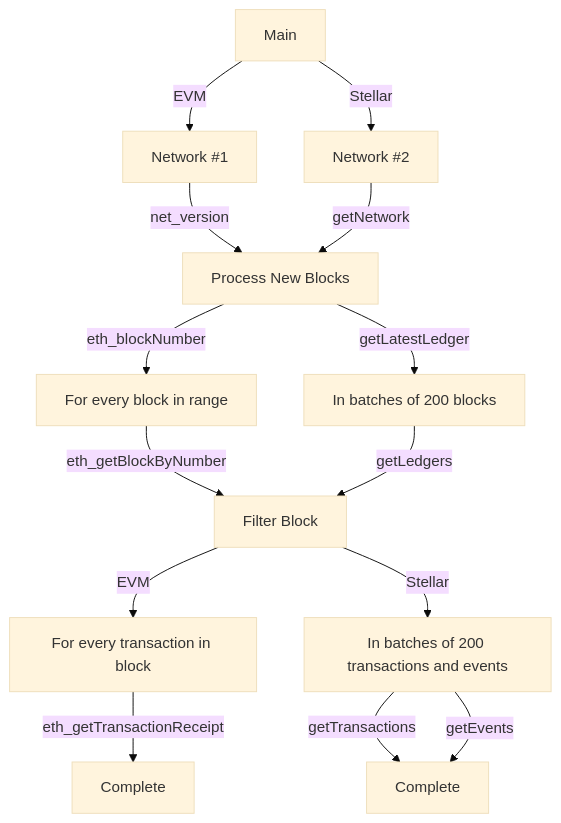
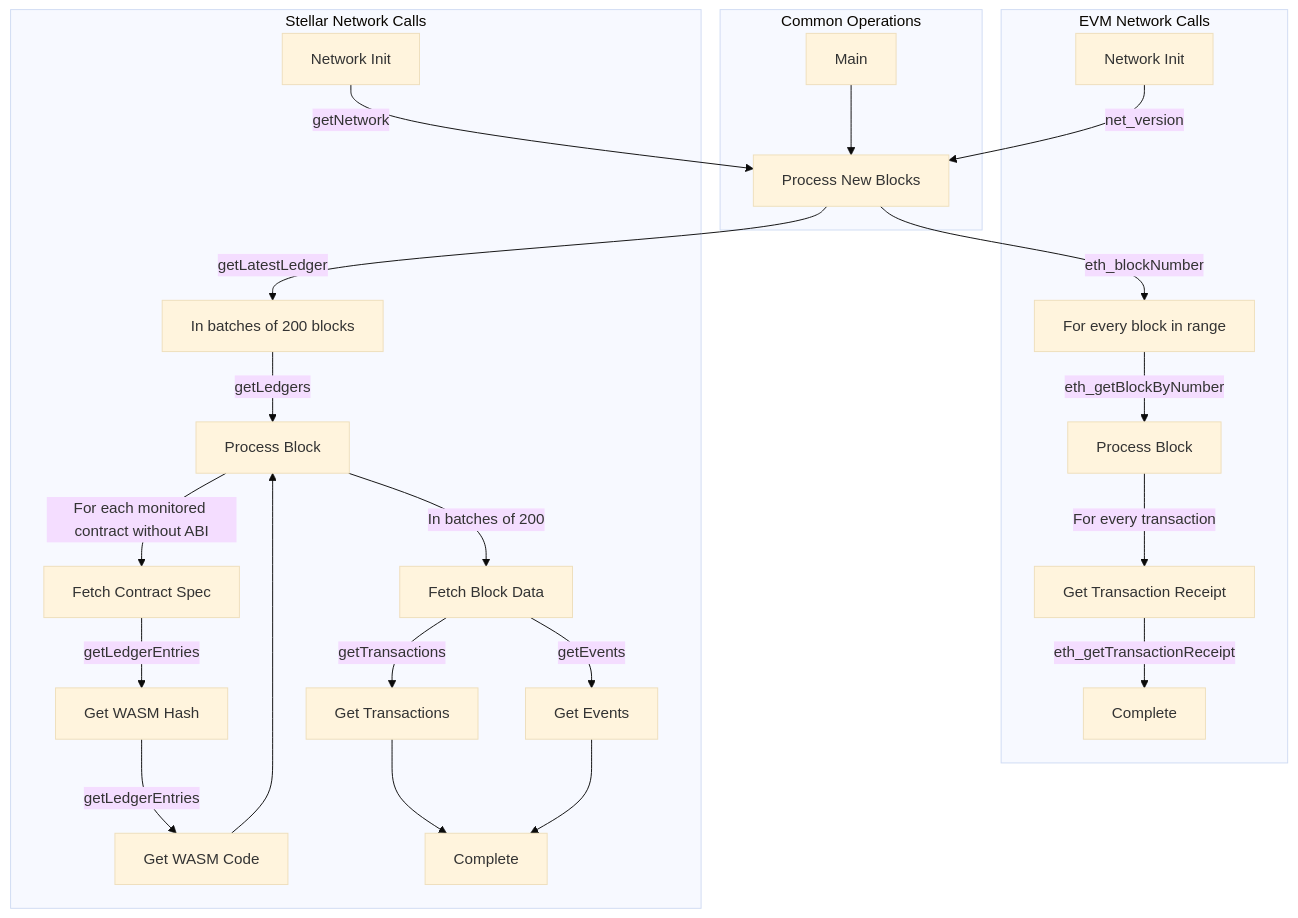
One commit to stevedylandev/openzeppelin-monitor changed the second of 2 diagrams in docs/modules/ROOT/pages/rpc.adoc. Above: the diagram before and after it, drawn with Mermaid (base theme). The commit also changed other lines of this file and 56 other files, not shown here.

First line of the commit message:
feat: Leverage contract spec (SEP-48) for Stellar functions (breaking) (#208)

```diff
--- a/docs/modules/ROOT/pages/rpc.adoc
+++ b/docs/modules/ROOT/pages/rpc.adoc
@@ -242,18 +242,30 @@
 [mermaid,width=100%]
 ....
 graph TD
-    A[Main] -->|EVM| B[Network #1]
-    A[Main] -->|Stellar| C[Network #2]
-    B -->|net_version| D[Process New Blocks]
-    C -->|getNetwork| D
-    D -->|eth_blockNumber| E[For every block in range]
-    D -->|getLatestLedger| F[In batches of 200 blocks]
-    E -->|eth_getBlockByNumber| G[Filter Block]
-    F -->|getLedgers| G
-    G -->|EVM| J[For every transaction in block]
-    J -->|eth_getTransactionReceipt| I[Complete]
-    G -->|Stellar| K[In batches of 200 transactions and events]
-    K -->|getTransactions| L[Complete]
-    K -->|getEvents| L[Complete]
+    subgraph Common Operations
+        A[Main] --> D[Process New Blocks]
+    end
 
+    subgraph EVM Network Calls
+        B[Network Init] -->|net_version| D
+        D -->|eth_blockNumber| E[For every block in range]
+        E -->|eth_getBlockByNumber| G1[Process Block]
+        G1 -->|For every transaction| J[Get Transaction Receipt]
+        J -->|eth_getTransactionReceipt| I[Complete]
+    end
+
+    subgraph Stellar Network Calls
+        C[Network Init] -->|getNetwork| D
+        D -->|getLatestLedger| F[In batches of 200 blocks]
+        F -->|getLedgers| G2[Process Block]
+        G2 -->|For each monitored contract without ABI| M[Fetch Contract Spec]
+        M -->|getLedgerEntries| N[Get WASM Hash]
+        N -->|getLedgerEntries| O[Get WASM Code]
+        O --> G2
+        G2 -->|In batches of 200| P[Fetch Block Data]
+        P -->|getTransactions| L1[Get Transactions]
+        P -->|getEvents| L2[Get Events]
+        L1 --> Q[Complete]
+        L2 --> Q
+    end
 ....
```
